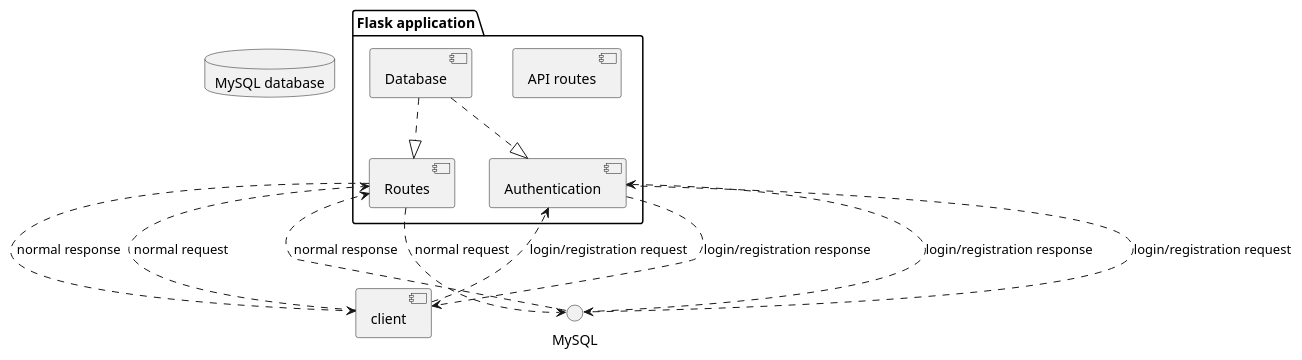
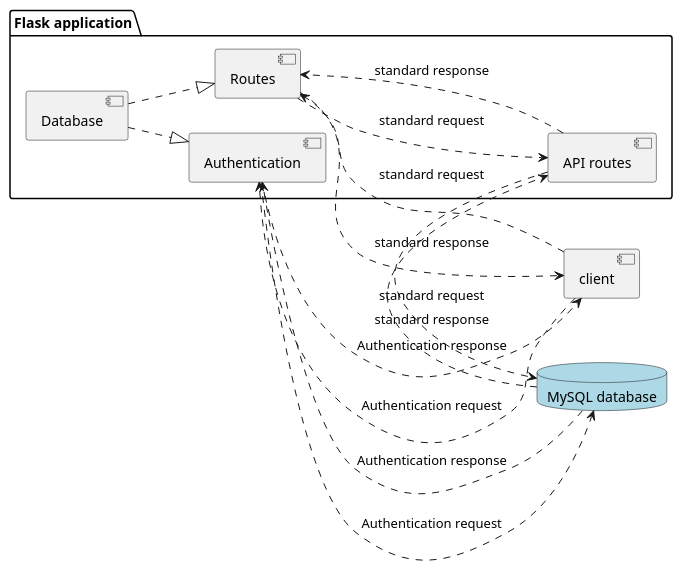
One commit to bilboque/MOOVIE_RECOMMENDER changed the diagram in checkpoint2/architecture.puml. Above: the diagram before and after it, drawn with PlantUML.

Commit message:
system architecture

```diff
--- a/checkpoint2/architecture.puml
+++ b/checkpoint2/architecture.puml
@@ -1,28 +1,29 @@
 @startuml
-
+left to right direction
 [client]
 package "Flask application" as FA{
 	[Routes] as R
 	[API routes] as AR
 	[Authentication] as A
 	[Database] as D
 }
 
-database "MySQL database"{
-	
+database "MySQL database" as md #LightBlue{
 }
 
 D ..|> R
 D ..|> A
-[client] ..> R : normal request
-R ..> MySQL : normal request
-MySQL ..> R : normal response
-R ..> [client] : normal response
+[client] ..> R : standard request
+R ..> AR : standard request
+AR ..> md : standard request
+md ..> AR : standard response
+AR ..> R : standard response
+R ..> [client] : standard response
 
-[client] ..> A : login/registration request
-A ..> MySQL : login/registration request
-MySQL ..> A : login/registration response
-A ..> [client] : login/registration response
+[client] ..> A : Authentication request
+A ..> md : Authentication request
+md ..> A : Authentication response
+A ..> [client] : Authentication response
 
 
 @enduml
```
